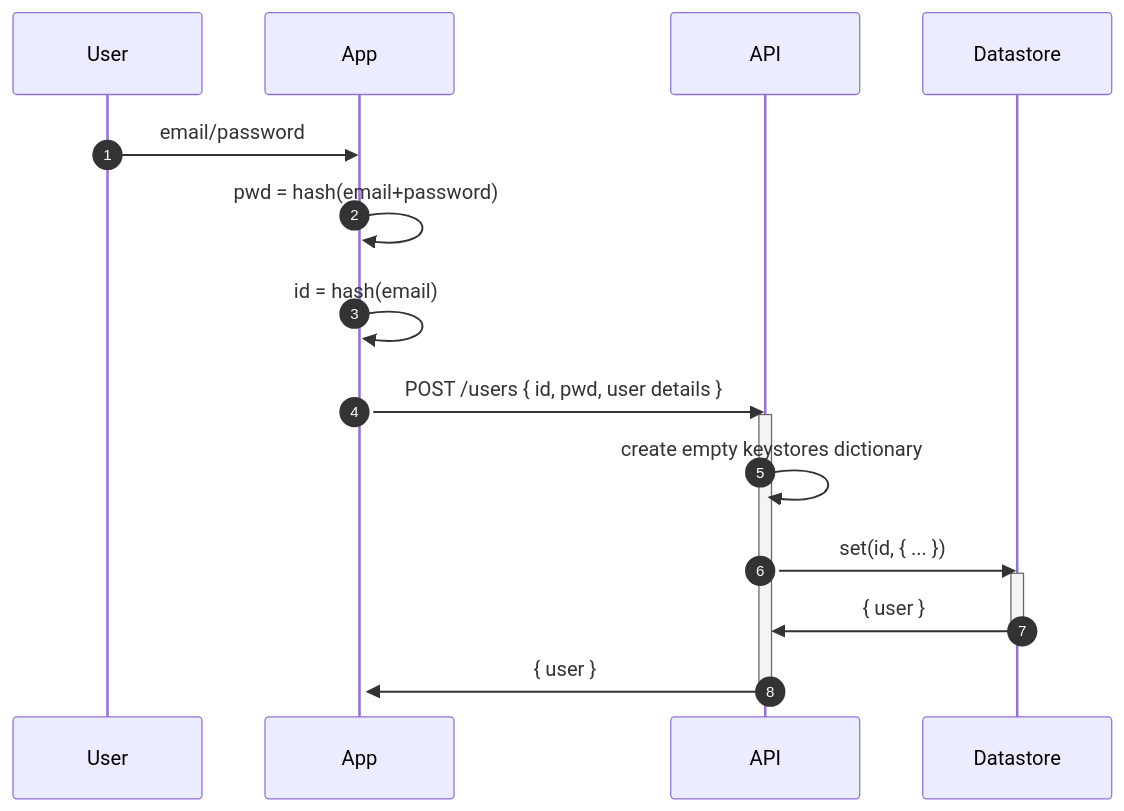
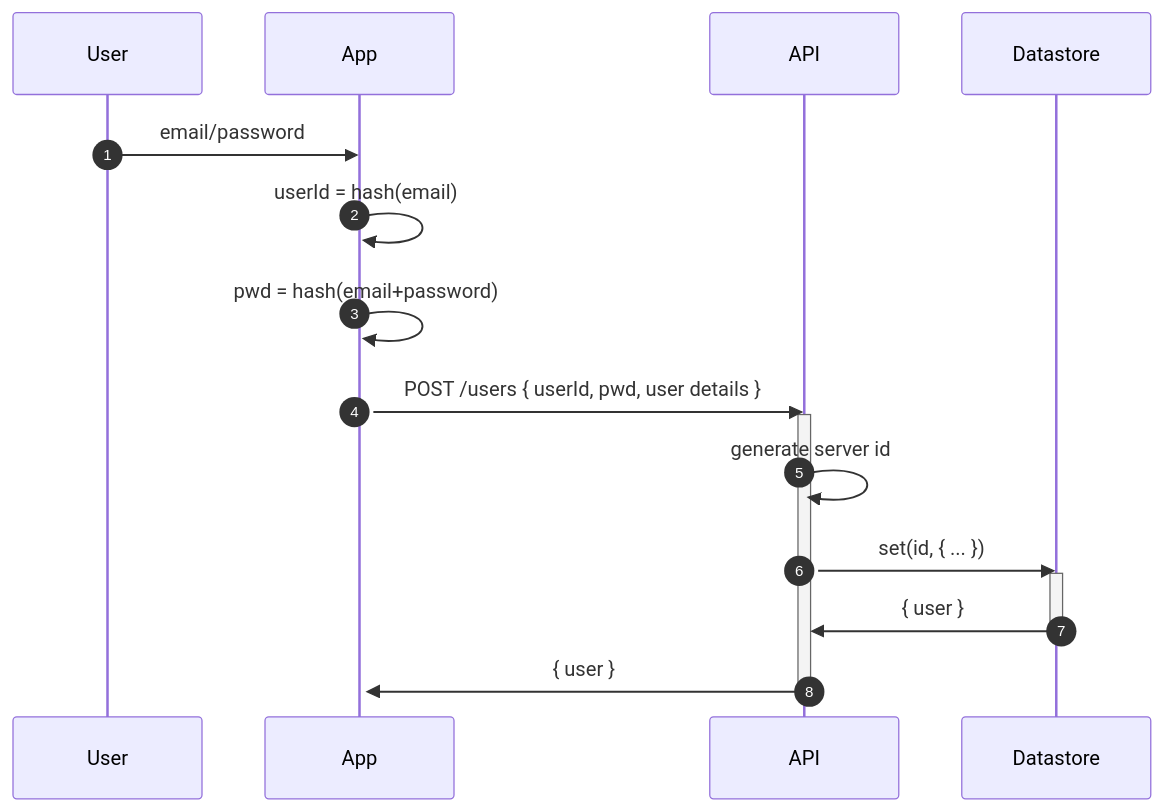
Before and after one commit to numical/my-finances: the first of 3 diagrams in docs/stateless-server-sequence-diagrams.md, drawn with Mermaid. The commit also changed other lines of this file and 17 other files, not shown here.

````diff
--- a/docs/stateless-server-sequence-diagrams.md
+++ b/docs/stateless-server-sequence-diagrams.md
@@ -11,17 +11,17 @@
 ```mermaid
 sequenceDiagram
   autonumber
   User->>App: email/password
   activate App
+  App->>App: userId = hash(email)
   App->>App: pwd = hash(email+password)
-  App->>App: id = hash(email)
-  App->>API: POST /users { id, pwd, user details }
+  App->>API: POST /users { userId, pwd, user details }
   activate API
-  API->>API: create empty keystores dictionary
+  API->>API: generate server id
   API->>Datastore: set(id, { ... })
   activate Datastore
   Datastore->>API: { user }
   deactivate Datastore
   API ->>App: { user }
   deactivate API
 ```  
````
